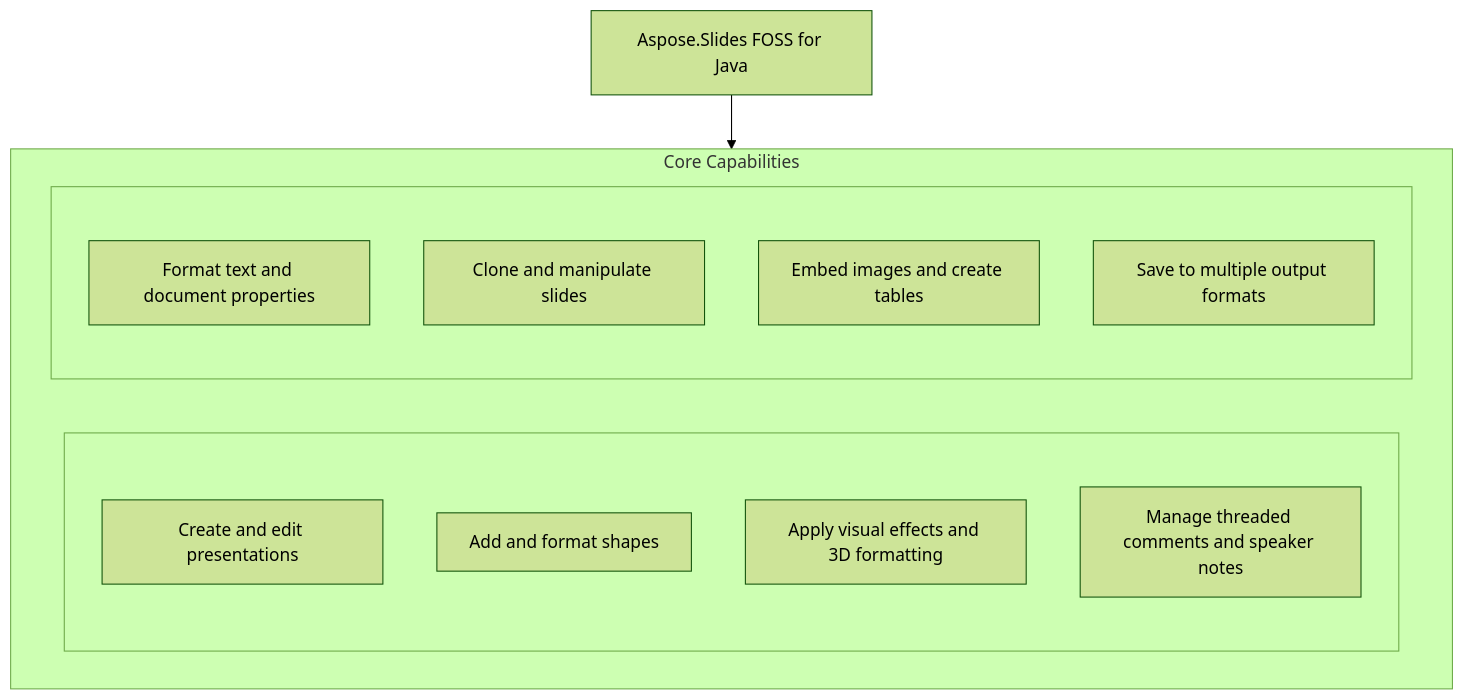
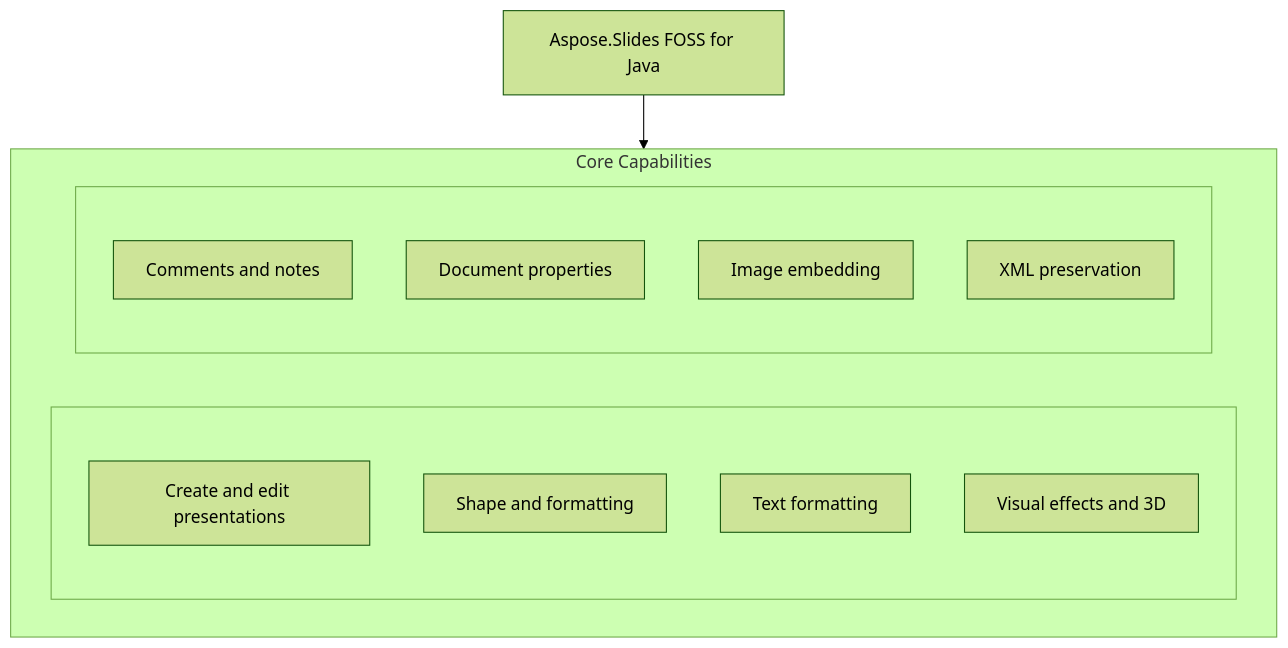
Before and after one commit to babar-raza/repository-presenter: the diagram in candidates/aspose-slides-foss__Aspose.Slides-FOSS-for-Java/620a2614418854b4a18966a361e6907ddc88c7cb/README.md, drawn with Mermaid (forest theme). The commit also changed other lines of this file and 16 other files, not shown here.

````diff
--- a/candidates/aspose-slides-foss__Aspose.Slides-FOSS-for-Java/620a2614418854b4a18966a361e6907ddc88c7cb/README.md
+++ b/candidates/aspose-slides-foss__Aspose.Slides-FOSS-for-Java/620a2614418854b4a18966a361e6907ddc88c7cb/README.md
@@ -25,22 +23,22 @@
 ```mermaid
 flowchart TD
   PRODUCT["Aspose.Slides FOSS for Java"]
   subgraph Capabilities["Core Capabilities"]
     direction LR
     subgraph capl[" "]
       direction TB
       c1["Create and edit presentations"]
-      c2["Add and format shapes"]
-      c3["Apply visual effects and 3D formatting"]
-      c4["Manage threaded comments and speaker notes"]
+      c2["Shape and formatting"]
+      c3["Text formatting"]
+      c4["Visual effects and 3D"]
     end
     subgraph capr[" "]
       direction TB
-      c5["Format text and document properties"]
-      c6["Clone and manipulate slides"]
-      c7["Embed images and create tables"]
-      c8["Save to multiple output formats"]
+      c5["Comments and notes"]
+      c6["Document properties"]
+      c7["Image embedding"]
+      c8["XML preservation"]
     end
   end
   PRODUCT --> Capabilities
 ```
````
